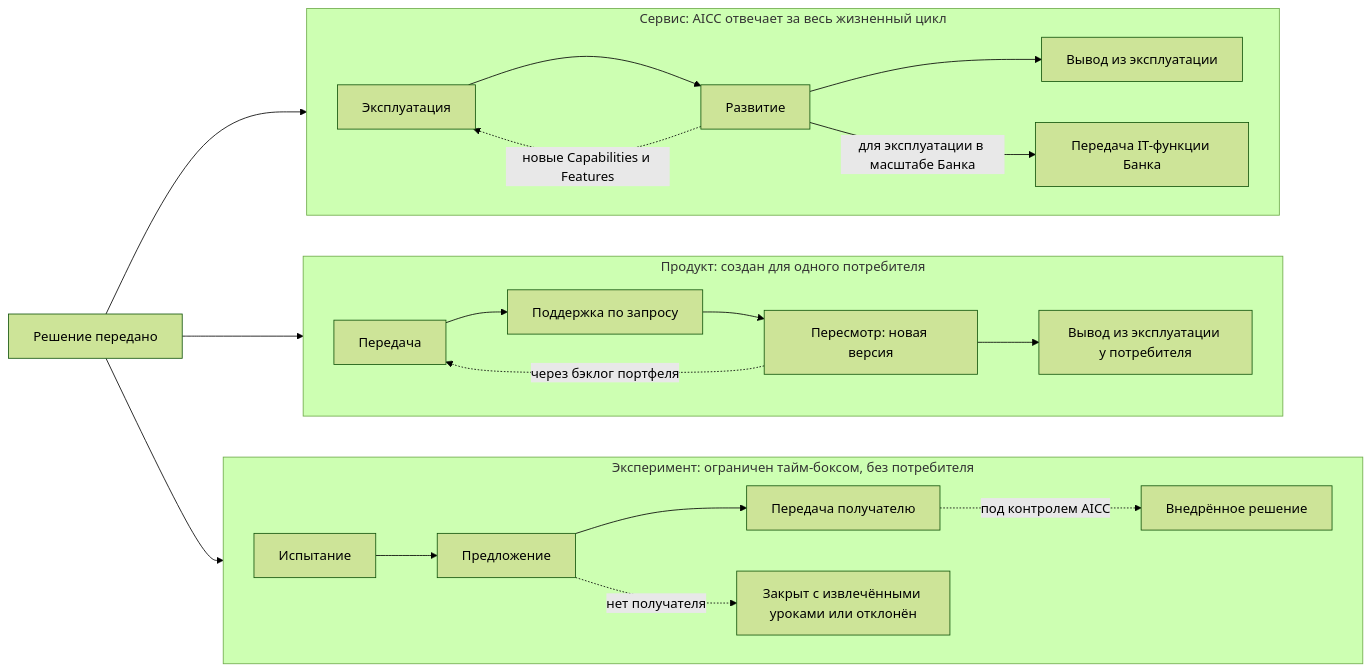
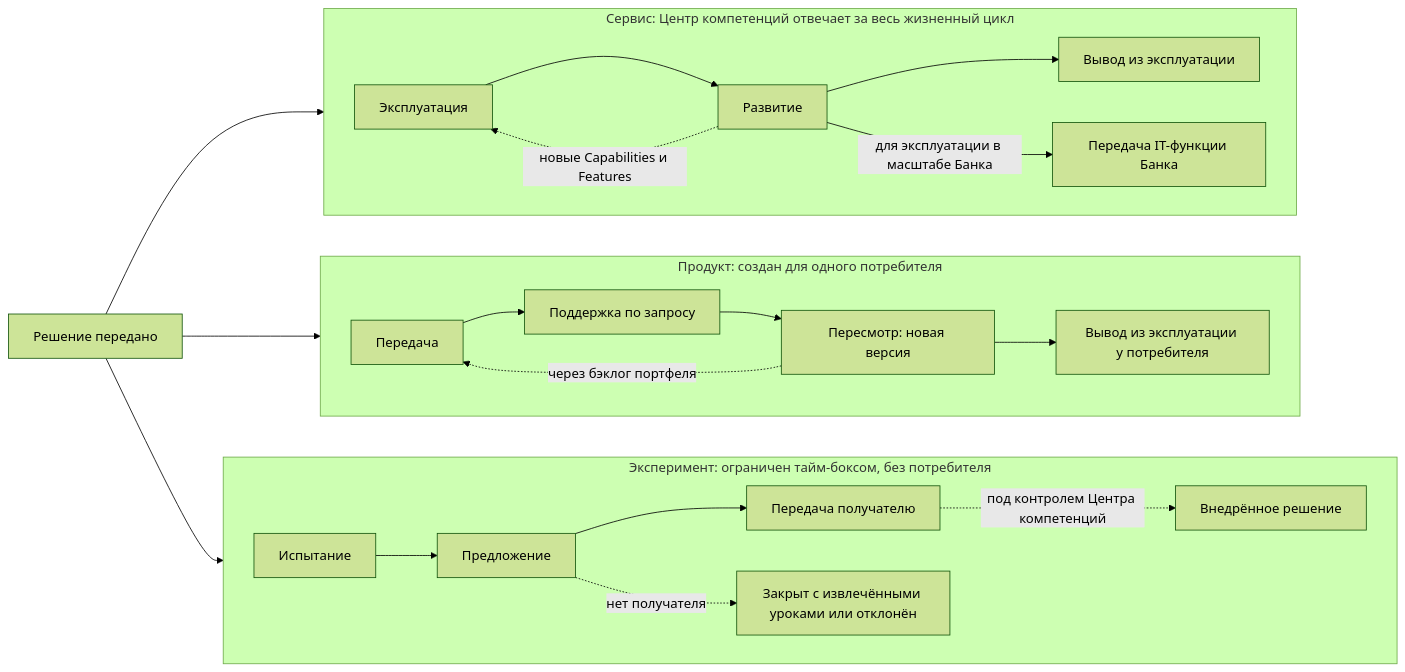
Before and after one commit to devhogu/ob-aicc: the eighth of 10 diagrams in charter/ru/workflows/service-delivery.md, drawn with Mermaid (forest theme). The commit also changed other lines of this file and 1149 other files, not shown here.

````diff
--- a/charter/ru/workflows/service-delivery.md
+++ b/charter/ru/workflows/service-delivery.md
@@ -210,23 +210,23 @@
 ```mermaid
 flowchart LR
   D["Решение передано"] --> SV
   D --> PR
   D --> EX
-  subgraph SV["Сервис: AICC отвечает за весь жизненный цикл"]
+  subgraph SV["Сервис: Центр компетенций отвечает за весь жизненный цикл"]
     direction LR
     S1["Эксплуатация"] --> S2["Развитие"] --> S3["Вывод из эксплуатации"]
     S2 -.новые Capabilities и Features.-> S1
     S2 -->|"для эксплуатации в масштабе Банка"| S4["Передача IT-функции Банка"]
   end
   subgraph PR["Продукт: создан для одного потребителя"]
     direction LR
     P1["Передача"] --> P2["Поддержка по запросу"] --> P3["Пересмотр: новая версия"] --> P4["Вывод из эксплуатации у потребителя"]
     P3 -.через бэклог портфеля.-> P1
   end
   subgraph EX["Эксперимент: ограничен тайм-боксом, без потребителя"]
     direction LR
     X1["Испытание"] --> X2["Предложение"] --> X3["Передача получателю"]
-    X3 -.под контролем AICC.-> A["Внедрённое решение"]
+    X3 -.под контролем Центра компетенций.-> A["Внедрённое решение"]
     X2 -.->|"нет получателя"| X4["Закрыт с извлечёнными уроками или отклонён"]
   end
 ```
````
